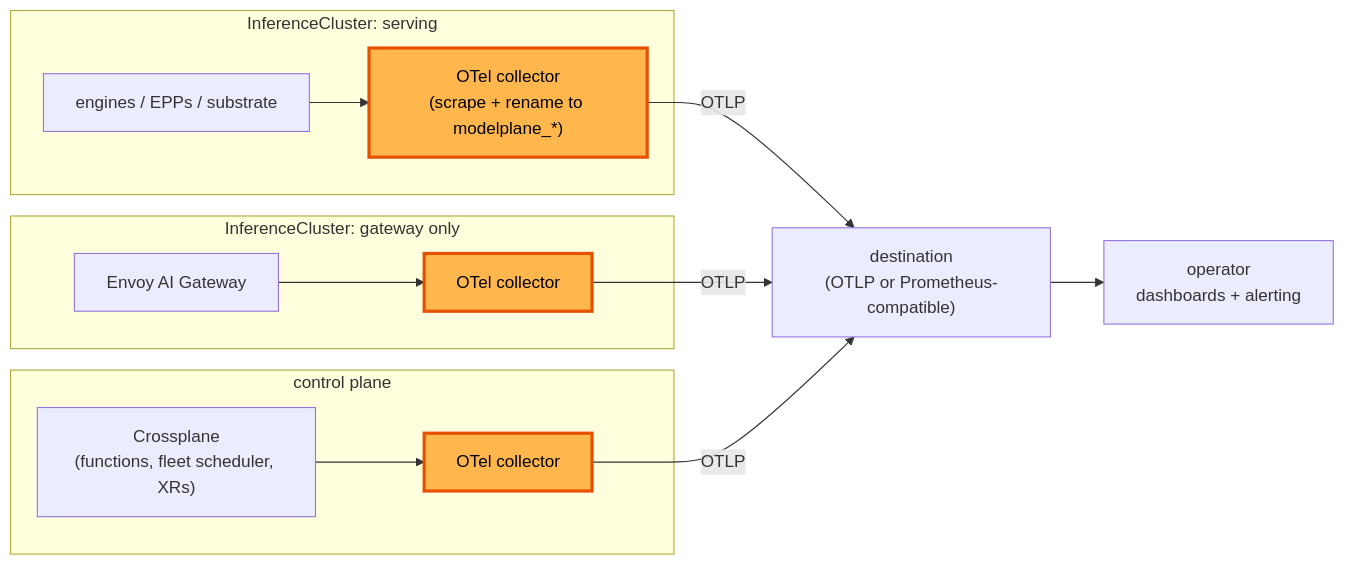
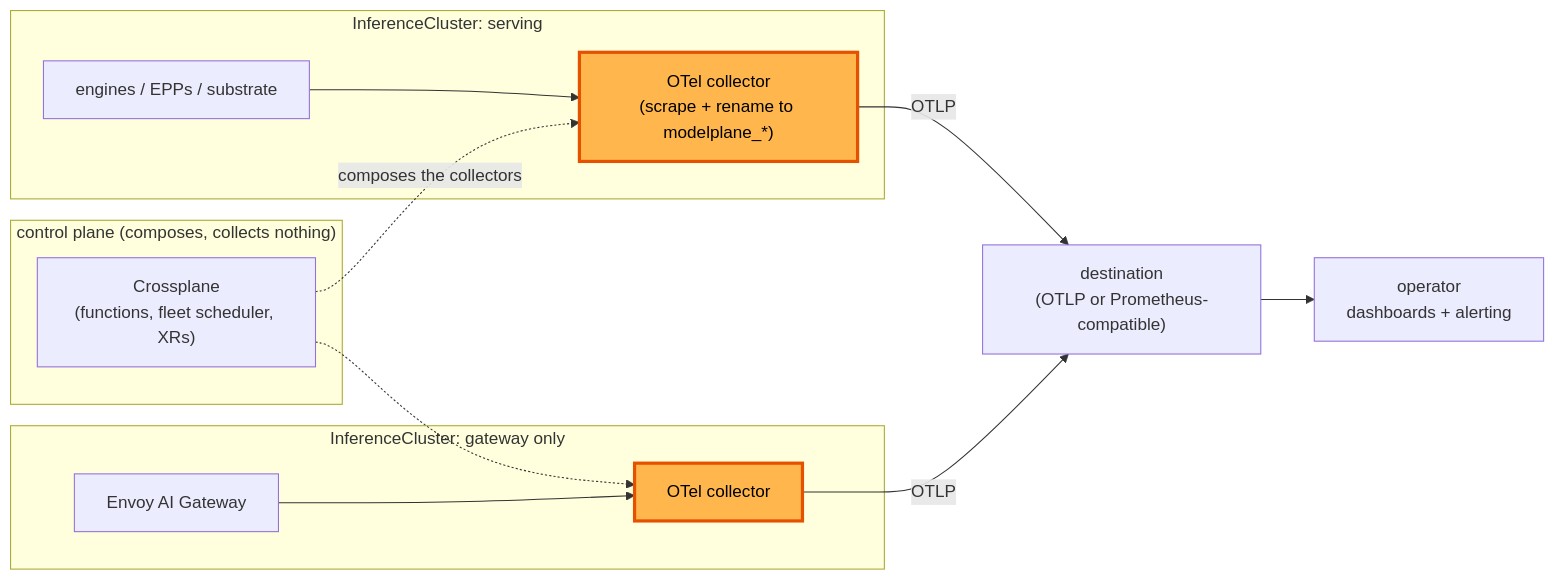
Before and after one commit to dennis-upbound/modelplane: the diagram in design/metrics.md, drawn with Mermaid. The commit also changed other lines of this file, not shown here.

First line of the commit message:
Give the right reason for not using the control plane, and follow it

````diff
--- a/design/metrics.md
+++ b/design/metrics.md
@@ -552,26 +560,25 @@
 ```mermaid
 flowchart LR
     subgraph icA["InferenceCluster: serving"]
         SA["engines / EPPs / substrate"]
         CA["OTel collector\n(scrape + rename to modelplane_*)"]
     end
     subgraph icB["InferenceCluster: gateway only"]
         SB["Envoy AI Gateway"]
         CB["OTel collector"]
     end
-    subgraph cp["control plane"]
+    subgraph cp["control plane (composes, collects nothing)"]
         XP["Crossplane\n(functions, fleet scheduler, XRs)"]
-        CC["OTel collector"]
     end
     DEST["destination\n(OTLP or Prometheus-compatible)"]
     OP["operator\ndashboards + alerting"]
     SA --> CA
     SB --> CB
-    XP --> CC
+    XP -.->|"composes the collectors"| CA
+    XP -.-> CB
     CA -->|"OTLP"| DEST
     CB -->|"OTLP"| DEST
-    CC -->|"OTLP"| DEST
     DEST --> OP
     classDef new fill:#ffb74d,stroke:#e65100,stroke-width:3px,color:#000;
-    class CA,CB,CC new
+    class CA,CB new
 ```
````
